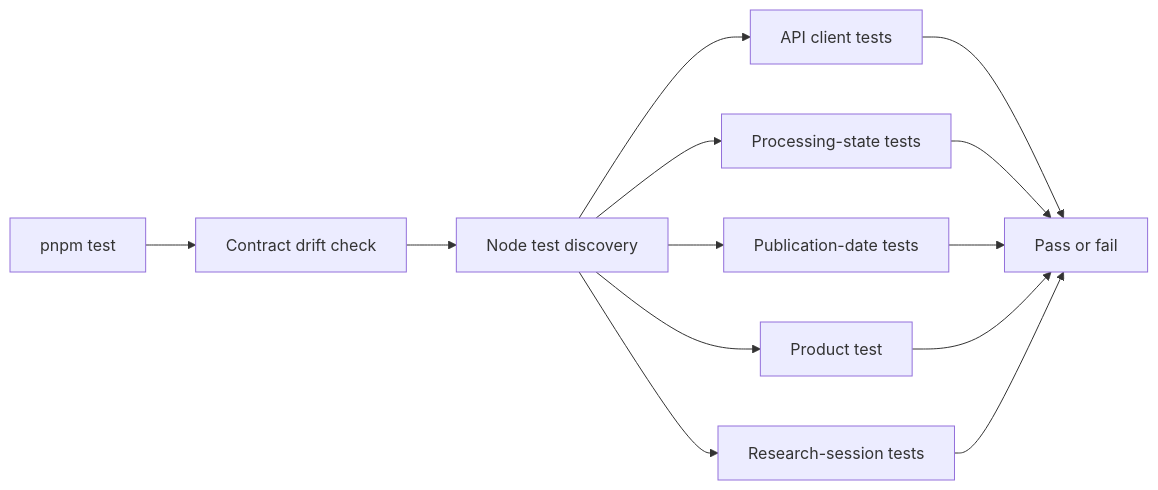
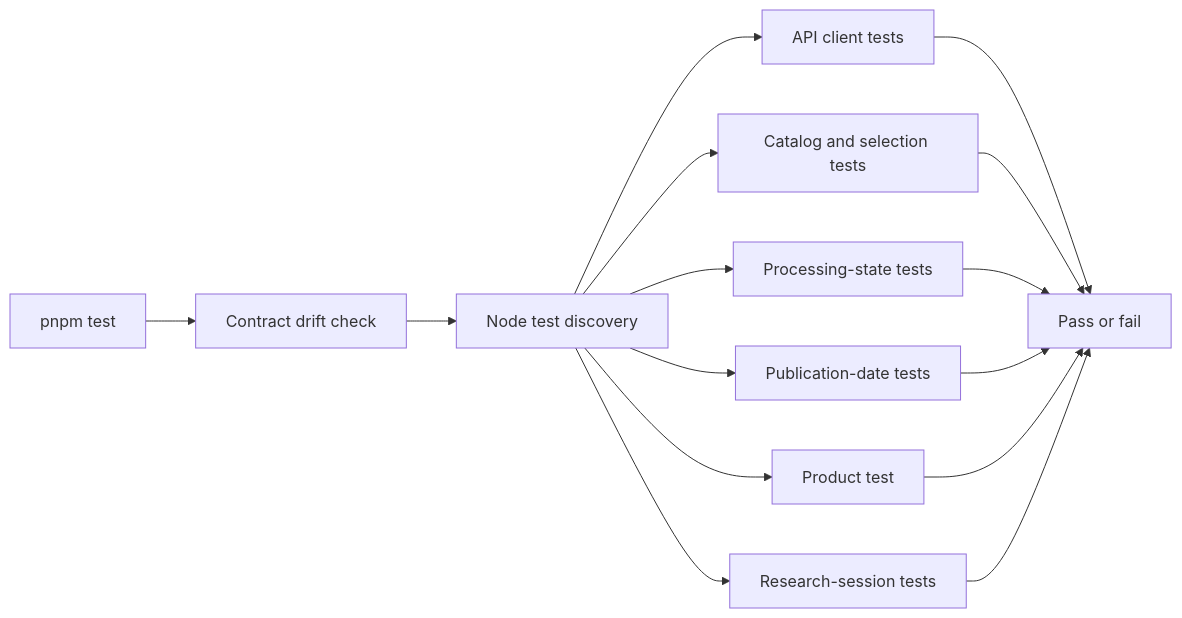
The diagram in frontend/tests/README.md (rnkraus/investment-research), drawn with Mermaid before and after one commit. The commit also changed other lines of this file and 9 other files, not shown here.

````diff
--- a/frontend/tests/README.md
+++ b/frontend/tests/README.md
@@ -16,15 +17,17 @@
 ```mermaid
 flowchart LR
     TEST[pnpm test] --> CONTRACT[Contract drift check]
     CONTRACT --> DISCOVERY[Node test discovery]
     DISCOVERY --> API[API client tests]
+    DISCOVERY --> CATALOG[Catalog and selection tests]
     DISCOVERY --> PROCESSING[Processing-state tests]
     DISCOVERY --> DATE[Publication-date tests]
     DISCOVERY --> PRODUCT[Product test]
     DISCOVERY --> RESEARCH[Research-session tests]
     API --> RESULT[Pass or fail]
+    CATALOG --> RESULT
     PROCESSING --> RESULT
     DATE --> RESULT
     PRODUCT --> RESULT
     RESEARCH --> RESULT
 ```
````
